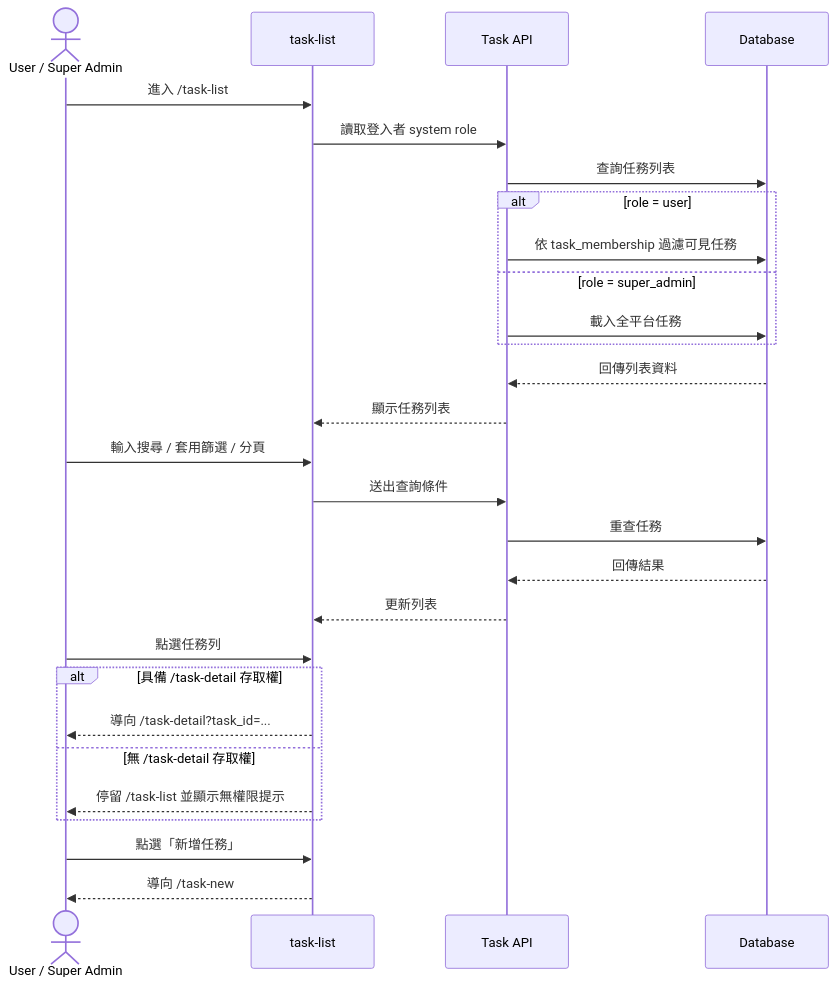
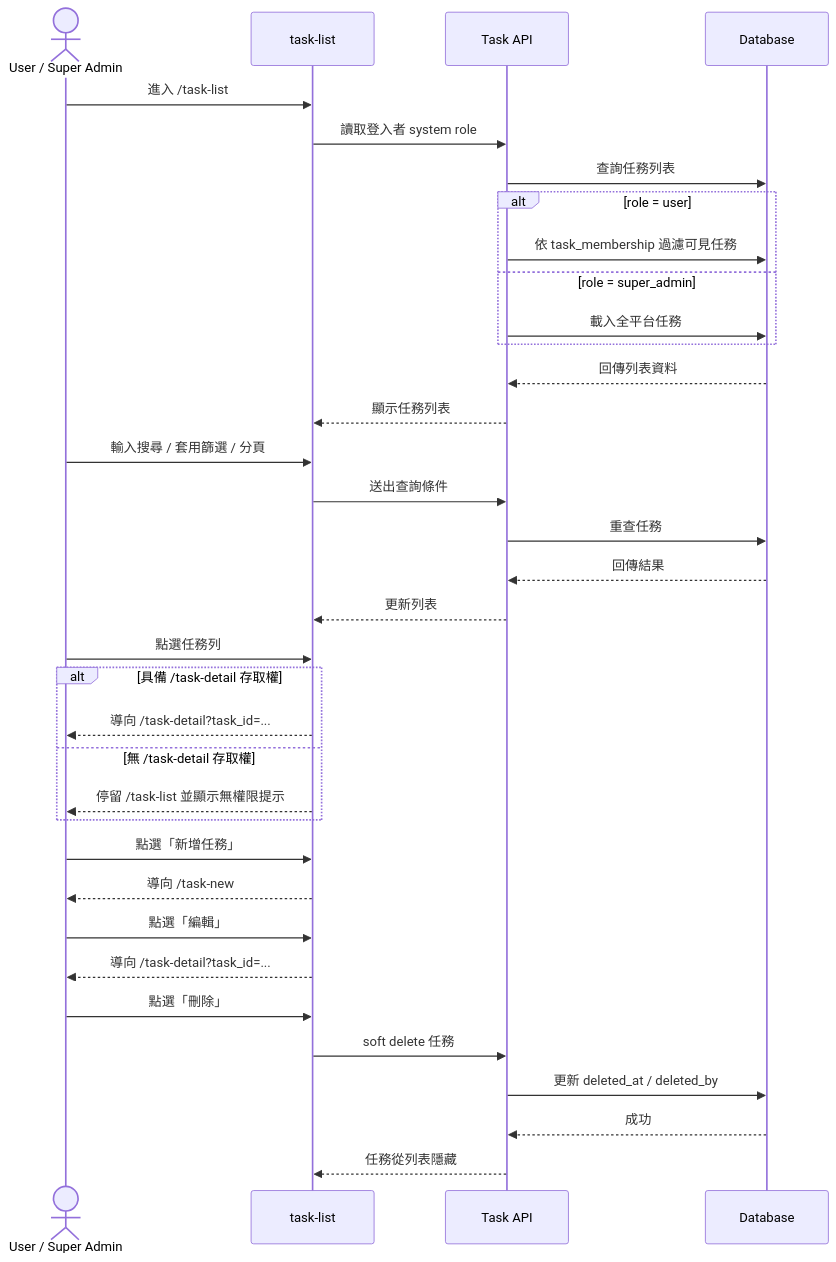
Before and after one commit to singyichen/label-suite: the first of 2 diagrams in specs/task-management/010-task-list/spec.md, drawn with Mermaid. The commit also changed other lines of this file and 2 other files, not shown here.

Commit message:
feat(task-management): add task-list actions and delete modal

````diff
--- a/specs/task-management/010-task-list/spec.md
+++ b/specs/task-management/010-task-list/spec.md
@@ -22,34 +23,43 @@
 ```mermaid
 sequenceDiagram
     actor U as User / Super Admin
     participant UI as task-list
     participant API as Task API
     participant DB as Database
 
     U->>UI: 進入 /task-list
     UI->>API: 讀取登入者 system role
     API->>DB: 查詢任務列表
     alt role = user
         API->>DB: 依 task_membership 過濾可見任務
     else role = super_admin
         API->>DB: 載入全平台任務
     end
     DB-->>API: 回傳列表資料
     API-->>UI: 顯示任務列表
 
     U->>UI: 輸入搜尋 / 套用篩選 / 分頁
     UI->>API: 送出查詢條件
     API->>DB: 重查任務
     DB-->>API: 回傳結果
     API-->>UI: 更新列表
 
     U->>UI: 點選任務列
     alt 具備 /task-detail 存取權
         UI-->>U: 導向 /task-detail?task_id=...
     else 無 /task-detail 存取權
         UI-->>U: 停留 /task-list 並顯示無權限提示
     end
 
     U->>UI: 點選「新增任務」
     UI-->>U: 導向 /task-new
+
+    U->>UI: 點選「編輯」
+    UI-->>U: 導向 /task-detail?task_id=...
+
+    U->>UI: 點選「刪除」
+    UI->>API: soft delete 任務
+    API->>DB: 更新 deleted_at / deleted_by
+    DB-->>API: 成功
+    API-->>UI: 任務從列表隱藏
 ```
````
